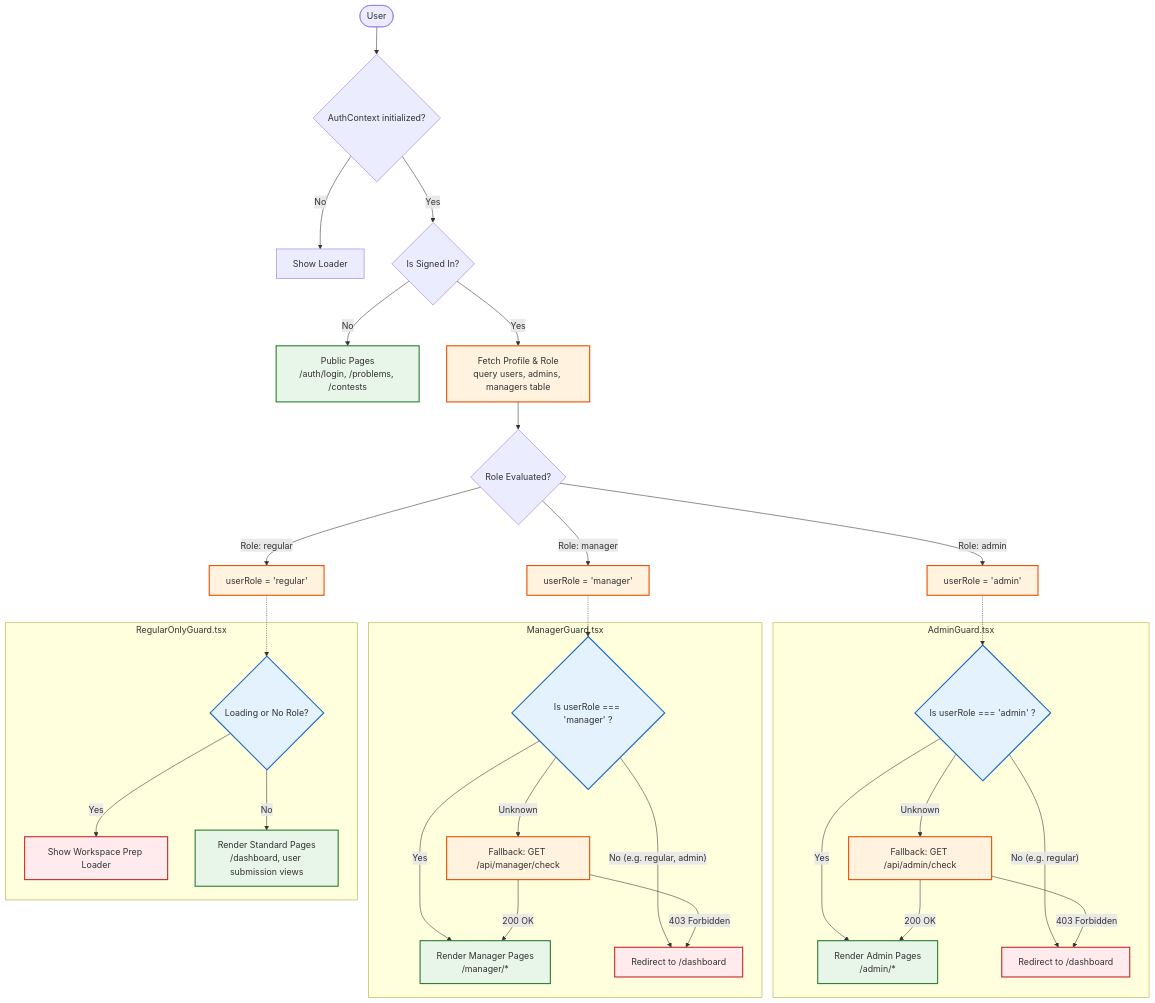
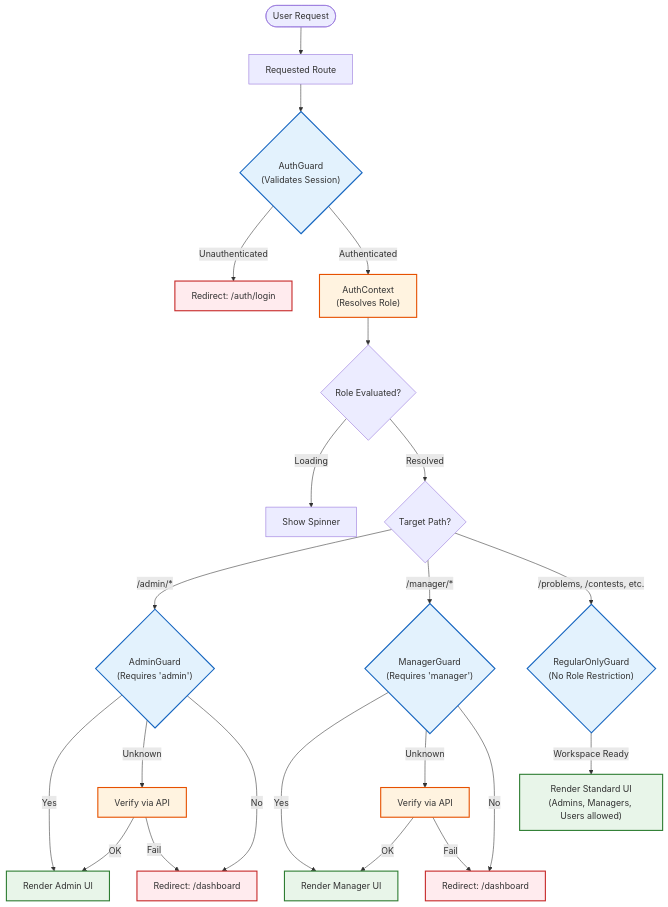
Before and after one commit to WMOJ/wmoj-app: the diagram in docs/role-based-access-flow.md, drawn with Mermaid.

Commit message:
refactor: Redesign the role-based access flow diagram to illustrate layered authentication and path-specific role guarding.

````diff
--- a/docs/role-based-access-flow.md
+++ b/docs/role-based-access-flow.md
@@ -7,59 +7,45 @@
 ```mermaid
 flowchart TD
-    %% Define Styles
+    %% Styles
     classDef Auth fill:#fff3e0,stroke:#e65100,stroke-width:2px;
     classDef Guard fill:#e3f2fd,stroke:#1565c0,stroke-width:2px;
     classDef Page fill:#e8f5e9,stroke:#2e7d32,stroke-width:2px;
-    classDef Action fill:#ffebee,stroke:#c62828,stroke-width:2px;
+    classDef Reject fill:#ffebee,stroke:#c62828,stroke-width:2px;
 
-    User([User]) --> AuthCheck{AuthContext initialized?}
+    %% Entry Point
+    Req([User Request]) --> RouteCheck[Requested Route]
+    
+    %% Layer 1: Authentication
+    RouteCheck --> AuthGuard{"AuthGuard\n(Validates Session)"}:::Guard
+    
+    AuthGuard -- "Unauthenticated" --> Login["Redirect: /auth/login"]:::Reject
+    AuthGuard -- "Authenticated" --> Context["AuthContext\n(Resolves Role)"]:::Auth
+    
+    %% Layer 2: Role Context
+    Context --> Role{"Role Evaluated?"}
+    Role -- "Loading" --> Spinner["Show Spinner"]
+    Role -- "Resolved" --> Routing
+    
+    %% Layer 3: Path Evaluation
+    Routing{"Target Path?"}
+    
+    %% Admin Path
+    Routing -- "/admin/*" --> AdminGuard{"AdminGuard\n(Requires 'admin')"}:::Guard
+    AdminGuard -- "Yes" --> AdminUI["Render Admin UI"]:::Page
+    AdminGuard -- "Unknown" --> APIAdmin["Verify via API"]:::Auth
+    AdminGuard -- "No" --> KickAdmin["Redirect: /dashboard"]:::Reject
+    APIAdmin -- "OK" --> AdminUI
+    APIAdmin -- "Fail" --> KickAdmin
 
-    %% Auth Flow
-    AuthCheck -- No --> Loading[Show Loader]
-    AuthCheck -- Yes --> LoggedIn{Is Signed In?}
-    
-    LoggedIn -- No --> PublicPages[Public Pages<br/>/auth/login, /problems, /contests]:::Page
-    LoggedIn -- Yes --> FetchRole[Fetch Profile & Role<br/>query users, admins, managers table]:::Auth
-    
-    FetchRole --> RoleDerived{Role Evaluated?}
-    
-    RoleDerived -->|Role: regular| DashRegular
-    RoleDerived -->|Role: admin| DashAdmin
-    RoleDerived -->|Role: manager| DashManager
-    
-    DashRegular[userRole = 'regular']:::Auth
-    DashAdmin[userRole = 'admin']:::Auth
-    DashManager[userRole = 'manager']:::Auth
-    
-    %% Guard Logic
-    DashRegular -.-> RegularGuard
-    DashAdmin -.-> AdminGuard
-    DashManager -.-> ManagerGuard
-    
-    %% Admin Guard
-    subgraph AdminGuardComponent [AdminGuard.tsx]
-        AdminGuard{Is userRole === 'admin' ?}:::Guard
-        AdminGuard -- Yes --> AdminRoutes[Render Admin Pages<br/>/admin/*]:::Page
-        AdminGuard -- No (e.g. regular) --> RedirectAdmin[Redirect to /dashboard]:::Action
-        AdminGuard -- Unknown --> ApiAdminCheck[Fallback: GET /api/admin/check]:::Auth
-        ApiAdminCheck -- 200 OK --> AdminRoutes
-        ApiAdminCheck -- 403 Forbidden --> RedirectAdmin
-    end
+    %% Manager Path
+    Routing -- "/manager/*" --> ManagerGuard{"ManagerGuard\n(Requires 'manager')"}:::Guard
+    ManagerGuard -- "Yes" --> ManagerUI["Render Manager UI"]:::Page
+    ManagerGuard -- "Unknown" --> APIManager["Verify via API"]:::Auth
+    ManagerGuard -- "No" --> KickManager["Redirect: /dashboard"]:::Reject
+    APIManager -- "OK" --> ManagerUI
+    APIManager -- "Fail" --> KickManager
 
-    %% Manager Guard
-    subgraph ManagerGuardComponent [ManagerGuard.tsx]
-        ManagerGuard{Is userRole === 'manager' ?}:::Guard
-        ManagerGuard -- Yes --> ManagerRoutes[Render Manager Pages<br/>/manager/*]:::Page
-        ManagerGuard -- No (e.g. regular, admin) --> RedirectManager[Redirect to /dashboard]:::Action
-        ManagerGuard -- Unknown --> ApiManagerCheck[Fallback: GET /api/manager/check]:::Auth
-        ApiManagerCheck -- 200 OK --> ManagerRoutes
-        ApiManagerCheck -- 403 Forbidden --> RedirectManager
-    end
-
-    %% Regular Only Guard
-    subgraph RegularGuardComponent [RegularOnlyGuard.tsx]
-        RegularGuard{Loading or No Role?}:::Guard
-        RegularGuard -- Yes --> WaitLoad[Show Workspace Prep Loader]:::Action
-        RegularGuard -- No --> AuthRoutes[Render Standard Pages<br/>/dashboard, user submission views]:::Page
-    end
+    %% Regular Path
+    Routing -- "/problems, /contests, etc." --> RegGuard{"RegularOnlyGuard\n(No Role Restriction)"}:::Guard
+    RegGuard -- "Workspace Ready" --> RegUI["Render Standard UI\n(Admins, Managers, Users allowed)"]:::Page
 ```
````
